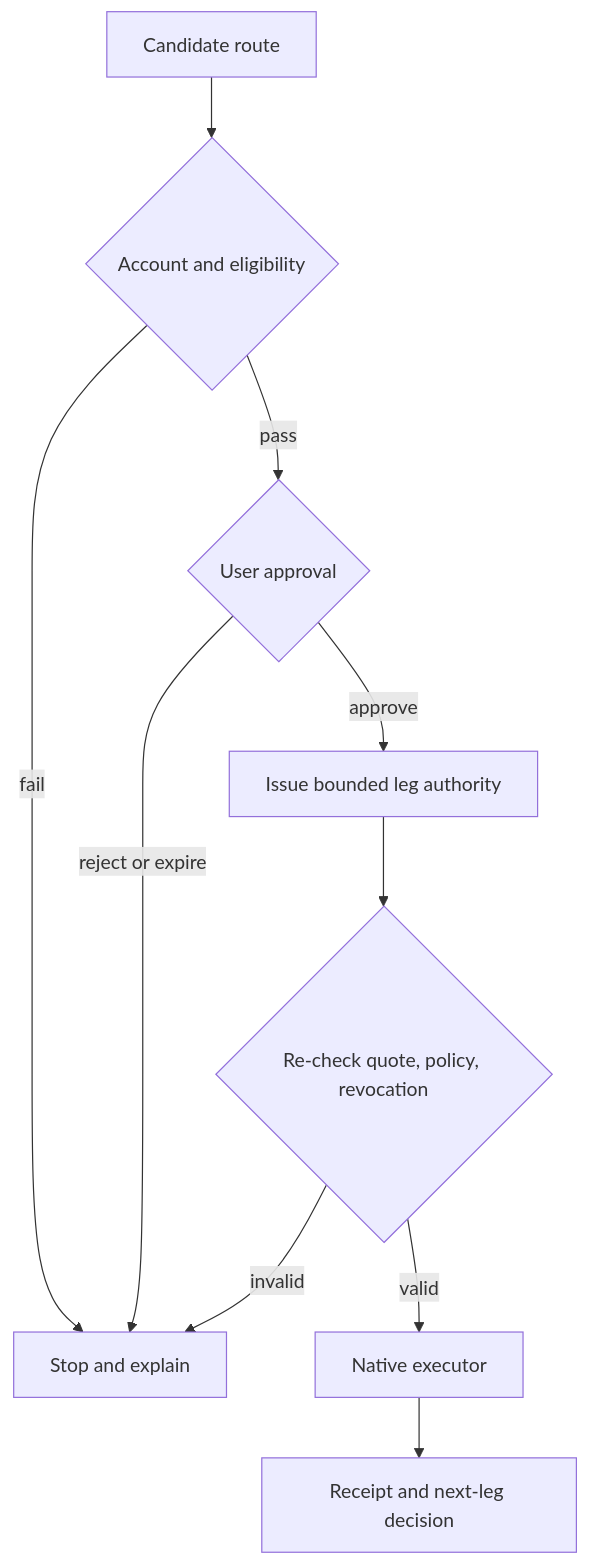
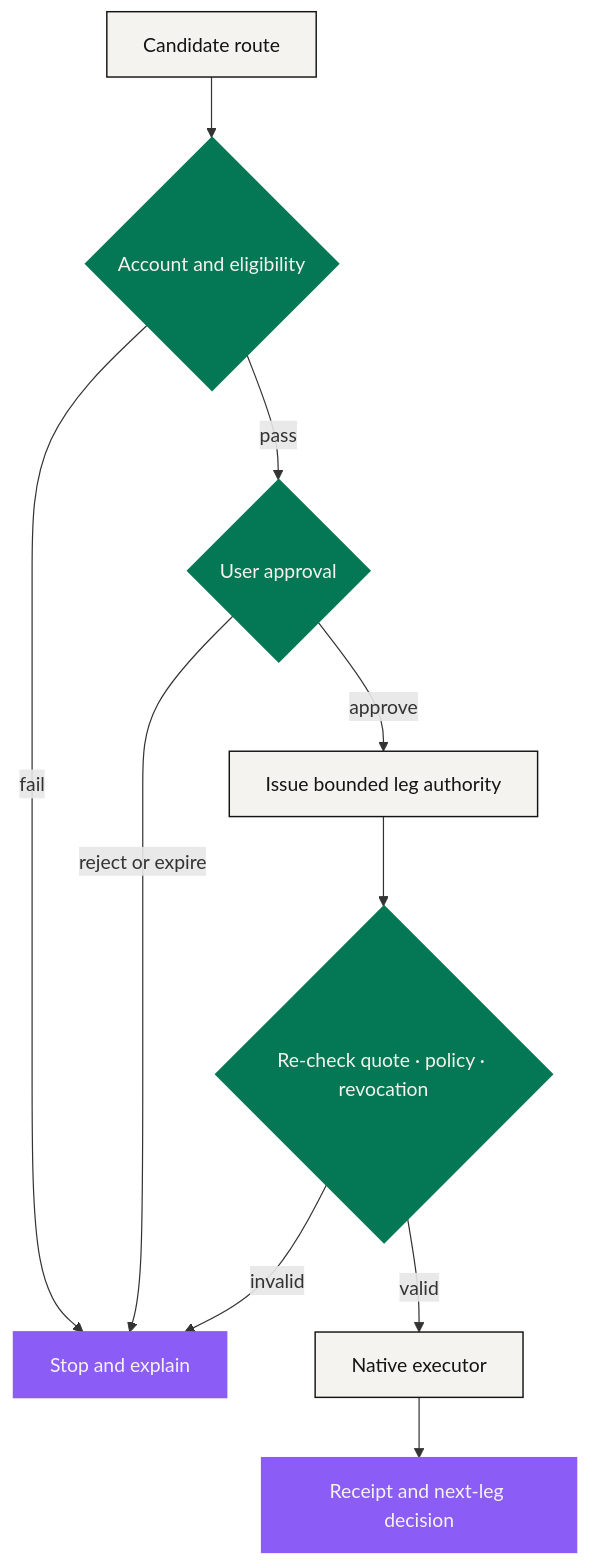
Before and after one commit to NEXONMarkets/NEXON-Whitepaper: the diagram in docs/en/03-architecture/agent-runtime.md, drawn with Mermaid. The commit also changed other lines of this file and 85 other files, not shown here.

````diff
--- a/docs/en/03-architecture/agent-runtime.md
+++ b/docs/en/03-architecture/agent-runtime.md
@@ -43,12 +29,18 @@
 ```mermaid
 flowchart TD
     R["Candidate route"] --> E{"Account and eligibility"}
     E -->|fail| S["Stop and explain"]
     E -->|pass| U{"User approval"}
     U -->|reject or expire| S
     U -->|approve| L["Issue bounded leg authority"]
-    L --> X{"Re-check quote, policy, revocation"}
+    L --> X{"Re-check quote · policy · revocation"}
     X -->|invalid| S
     X -->|valid| N["Native executor"]
     N --> C["Receipt and next-leg decision"]
+    classDef anchor fill:#047854,stroke:#047854,stroke-width:1.5px,color:#F5F3F0
+    classDef engine fill:#8B5CF6,stroke:#8B5CF6,stroke-width:1.5px,color:#F5F3F0
+    classDef solid  fill:#F5F3F0,stroke:#141414,stroke-width:1.2px,color:#141414
+    class R,L,N solid
+    class E,U,X anchor
+    class S,C engine
 ```
````
